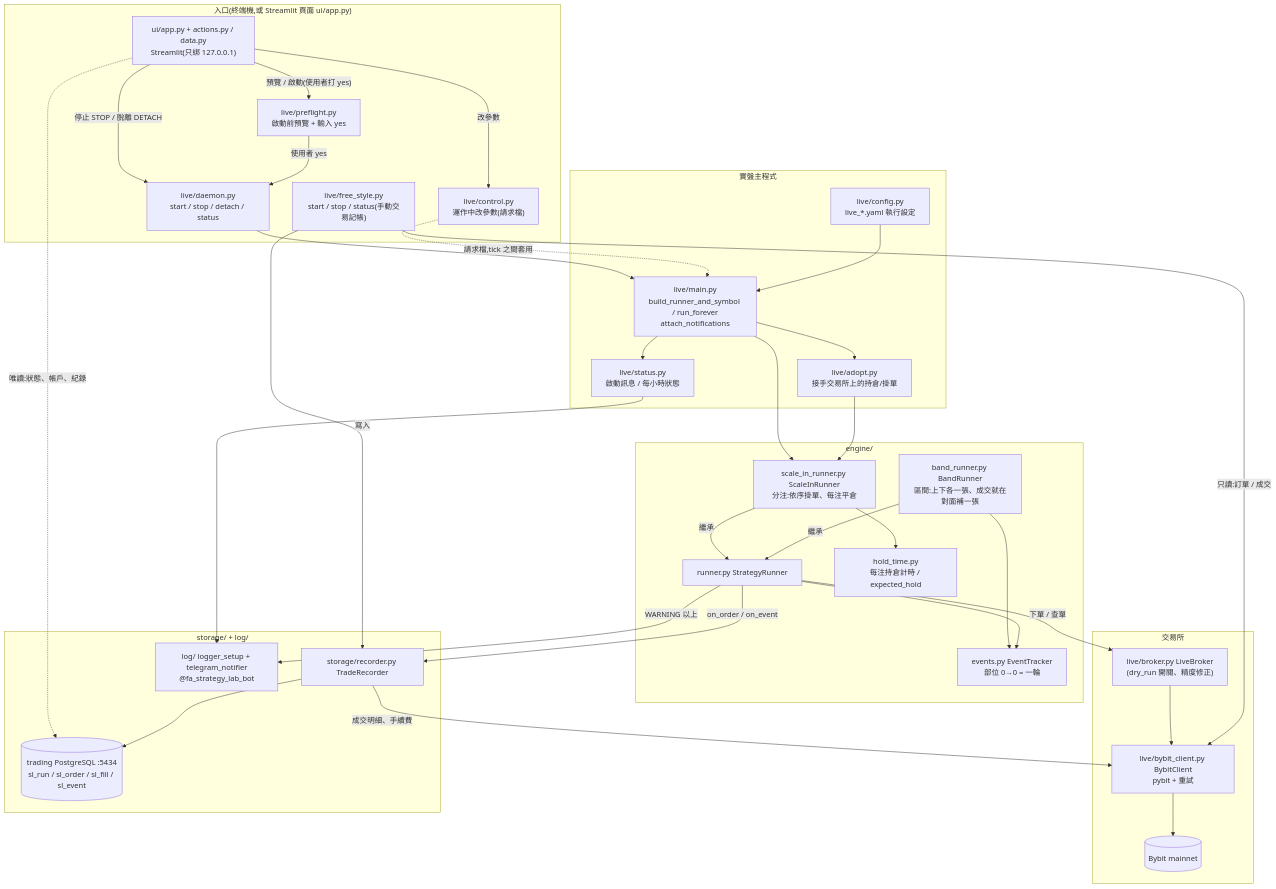
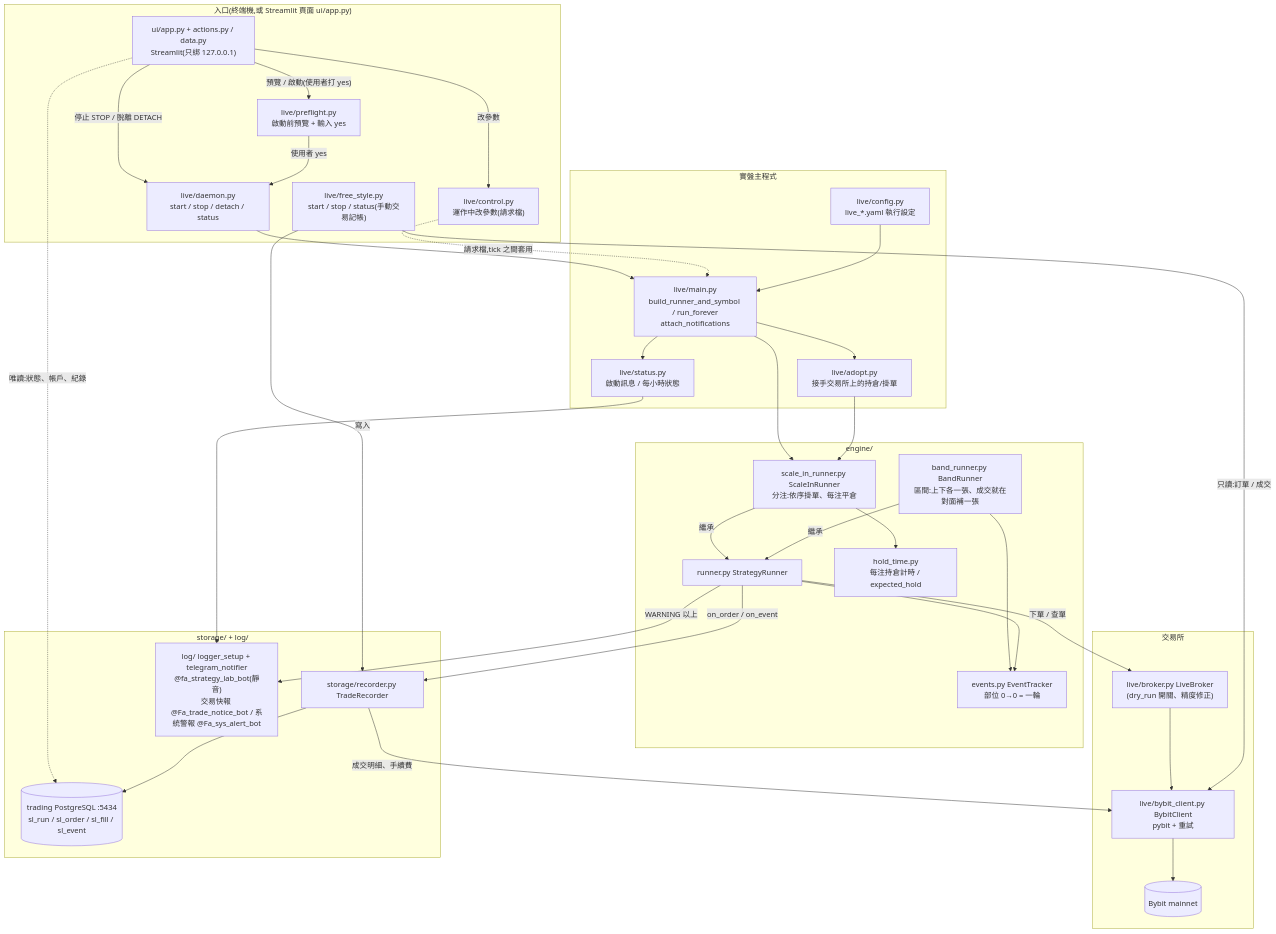
One commit to youcoolFa/strategy_lab changed the second of 3 diagrams in docs/ARCHITECTURE.md. Above: the diagram before and after it, drawn with Mermaid. The commit also changed other lines of this file and 27 other files, not shown here.

````diff
--- a/docs/ARCHITECTURE.md
+++ b/docs/ARCHITECTURE.md
@@ -106,59 +106,59 @@
 ```mermaid
 flowchart TD
     subgraph Entry["入口(終端機,或 Streamlit 頁面 ui/app.py)"]
         UI["ui/app.py + actions.py / data.py<br/>Streamlit(只綁 127.0.0.1)"]
         PF["live/preflight.py<br/>啟動前預覽 + 輸入 yes"]
         DM["live/daemon.py<br/>start / stop / detach / status"]
         CT["live/control.py<br/>運作中改參數(請求檔)"]
         FS["live/free_style.py<br/>start / stop / status(手動交易記帳)"]
     end
 
     subgraph Run["實盤主程式"]
         MAIN["live/main.py<br/>build_runner_and_symbol / run_forever<br/>attach_notifications"]
         CFG["live/config.py<br/>live_*.yaml 執行設定"]
         ADOPT["live/adopt.py<br/>接手交易所上的持倉/掛單"]
         ST["live/status.py<br/>啟動訊息 / 每小時狀態"]
     end
 
     subgraph Engine["engine/"]
         SR["runner.py StrategyRunner"]
         SIR["scale_in_runner.py ScaleInRunner<br/>分注:依序掛單、每注平倉"]
         EV["events.py EventTracker<br/>部位 0→0 = 一輪"]
         HT["hold_time.py<br/>每注持倉計時 / expected_hold"]
         BR["band_runner.py BandRunner<br/>區間:上下各一張、成交就在對面補一張"]
     end
 
     subgraph Exchange["交易所"]
         LB["live/broker.py LiveBroker<br/>(dry_run 開關、精度修正)"]
         BC["live/bybit_client.py BybitClient<br/>pybit + 重試"]
         BY[("Bybit mainnet")]
     end
 
     subgraph Store["storage/ + log/"]
         REC["storage/recorder.py TradeRecorder"]
         DB[("trading PostgreSQL :5434<br/>sl_run / sl_order / sl_fill / sl_event")]
-        TG["log/ logger_setup + telegram_notifier<br/>@fa_strategy_lab_bot"]
+        TG["log/ logger_setup + telegram_notifier<br/>@fa_strategy_lab_bot(靜音)<br/>交易快報 @Fa_trade_notice_bot / 系統警報 @Fa_sys_alert_bot"]
     end
 
     UI -->|"預覽 / 啟動(使用者打 yes)"| PF
     UI -->|"改參數"| CT
     UI -->|"停止 STOP / 脫離 DETACH"| DM
     UI -.->|"唯讀:狀態、帳戶、紀錄"| DB
     PF -->|"使用者 yes"| DM --> MAIN
     CT -.->|"請求檔,tick 之間套用"| MAIN
     CFG --> MAIN
     MAIN --> SIR
     SIR -->|繼承| SR
     BR -->|繼承| SR
     BR --> EV
     SR --> EV
     SIR --> HT
     MAIN --> ADOPT --> SIR
     SR -->|下單 / 查單| LB --> BC --> BY
     SR -->|on_order / on_event| REC --> DB
     REC -->|成交明細、手續費| BC
     MAIN --> ST --> TG
     SR -->|WARNING 以上| TG
     FS -->|"只讀:訂單 / 成交"| BC
     FS -->|寫入| REC
 ```
````
